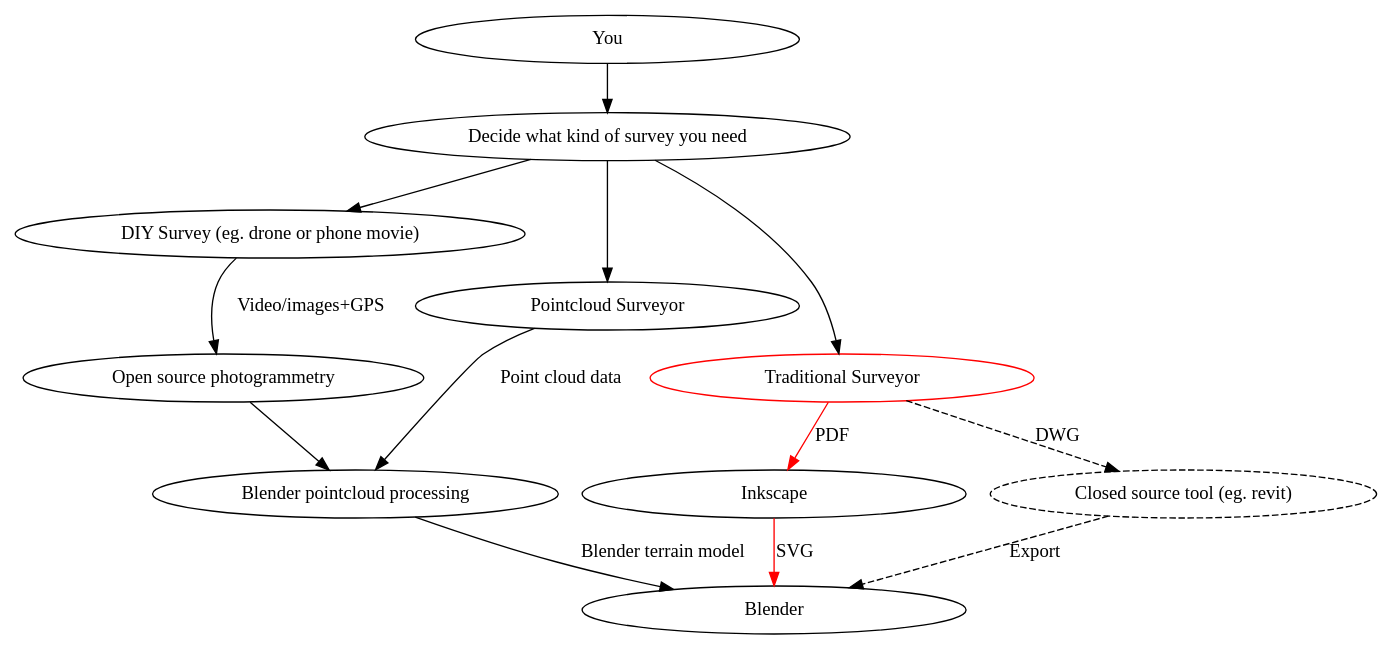
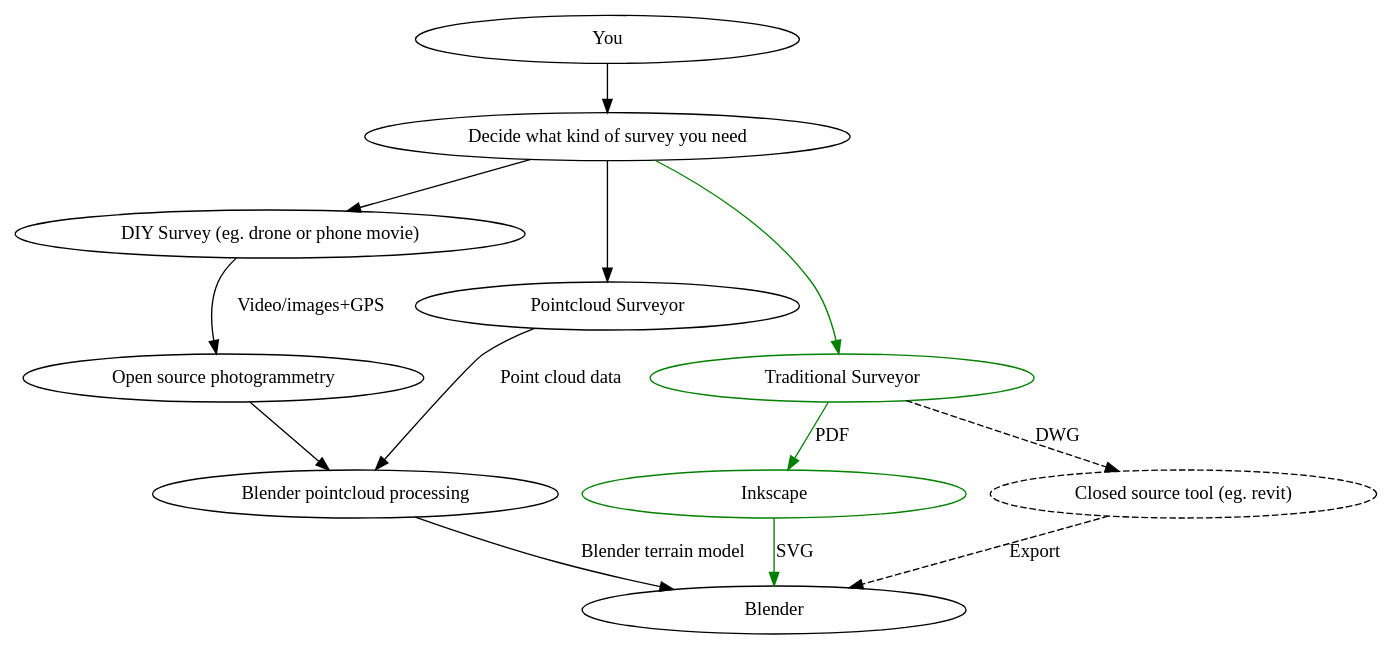
Before and after one commit to globalcitizen/open-source-architecture-workflows: the diagram in surveying.dot, drawn with Graphviz. The commit also changed 1 other file, not shown here.

```diff
--- a/surveying.dot
+++ b/surveying.dot
@@ -1,61 +1,62 @@
 digraph g {
  rankdir=TB;
  surveying_decision [
   label="Decide what kind of survey you need"
  ]
  diy_survey [
   width=4
   label="DIY Survey (eg. drone or phone movie)"
  ]
  pointcloud_surveyor [
   width=4
   label="Pointcloud Surveyor"
  ]
  traditional_surveyor [
   width=4
   label="Traditional Surveyor"
-  color=red
+  color=green
  ]
  you [
   width=4
   label="You"
  ]
  inkscape [
   width=4
   label="Inkscape"
+  color=green
  ]
  blender_pointcloud_processing [
   width=4
   label="Blender pointcloud processing"
  ]
  blender [
   width=4
   label="Blender"
  ]
  closed_source_tool [
   width=4
   label="Closed source tool (eg. revit)"
   style="dashed"
  ]
  open_source_photogrammetry [
   width=4
   label="Open source photogrammetry"
  ]
 
  you -> surveying_decision;
 
  surveying_decision -> pointcloud_surveyor;
- surveying_decision -> traditional_surveyor;
+ surveying_decision -> traditional_surveyor [color="green"];
  surveying_decision -> diy_survey;
 
- traditional_surveyor->inkscape [ label = "PDF"; color="red" ];
+ traditional_surveyor->inkscape [ label = "PDF"; color="green" ];
  traditional_surveyor->closed_source_tool [ label = "DWG"; style="dashed"; ];
  closed_source_tool->blender [ label = "Export"; style="dashed"; ];
  pointcloud_surveyor->blender_pointcloud_processing [ label = "Point cloud data"; ];
  diy_survey->open_source_photogrammetry [ label = "Video/images+GPS"; ];
 
  blender_pointcloud_processing->blender [ label = "Blender terrain model"; ];
  open_source_photogrammetry->blender_pointcloud_processing;
- inkscape->blender [ label = "SVG"; color="red" ];
+ inkscape->blender [ label = "SVG"; color="green" ];
  
 }
```
